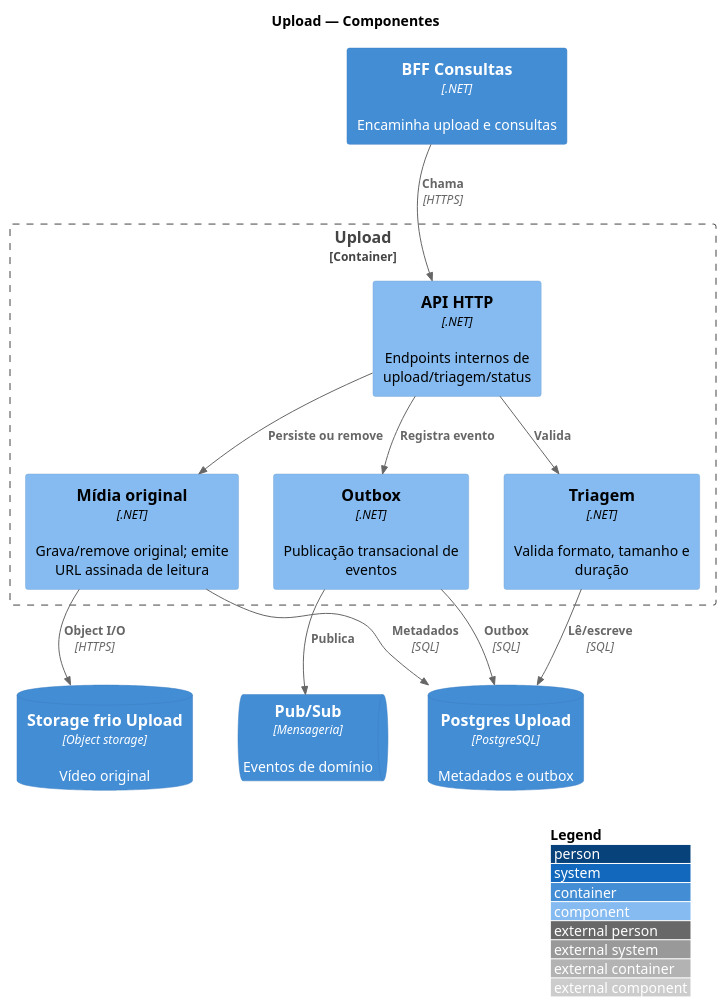
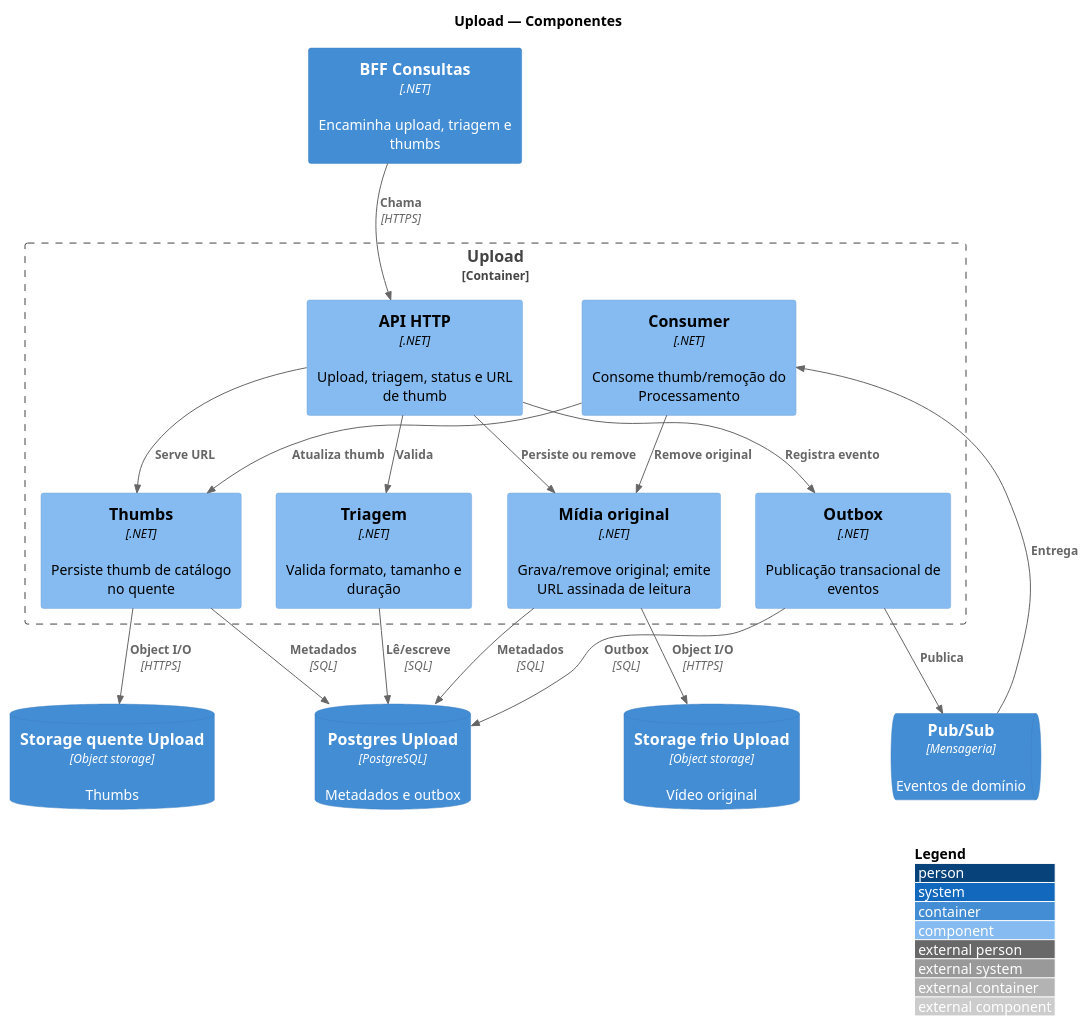
Before and after one commit to fiap-x-vcosta/docs: the diagram in arquitetura/06_componentes-upload.puml, drawn with PlantUML. The commit also changed 13 other files, not shown here.

First line of the commit message:
docs: thumbs no Upload, cancel via Pub/Sub e BFF enxuto

```diff
--- a/arquitetura/06_componentes-upload.puml
+++ b/arquitetura/06_componentes-upload.puml
@@ -1,40 +1,51 @@
 @startuml 06_componentes-upload
 !include https://raw.githubusercontent.com/plantuml-stdlib/C4-PlantUML/master/C4_Component.puml
 
 LAYOUT_WITH_LEGEND()
 LAYOUT_TOP_DOWN()
 
 title Upload — Componentes
 
-Container(bff, "BFF Consultas", ".NET", "Encaminha upload e consultas")
+Container(bff, "BFF Consultas", ".NET", "Encaminha upload, triagem e thumbs")
 ContainerQueue(pubsub, "Pub/Sub", "Mensageria", "Eventos de domínio")
 ContainerDb(pgUpload, "Postgres Upload", "PostgreSQL", "Metadados e outbox")
 ContainerDb(frioUp, "Storage frio Upload", "Object storage", "Vídeo original")
+ContainerDb(quente, "Storage quente Upload", "Object storage", "Thumbs")
 
 Container_Boundary(upload, "Upload") {
-  Component(api, "API HTTP", ".NET", "Endpoints internos de upload/triagem/status")
+  Component(api, "API HTTP", ".NET", "Upload, triagem, status e URL de thumb")
   Component(triagem, "Triagem", ".NET", "Valida formato, tamanho e duração")
   Component(midia, "Mídia original", ".NET", "Grava/remove original; emite URL assinada de leitura")
+  Component(thumbs, "Thumbs", ".NET", "Persiste thumb de catálogo no quente")
   Component(outbox, "Outbox", ".NET", "Publicação transacional de eventos")
+  Component(consumer, "Consumer", ".NET", "Consome thumb/remoção do Processamento")
 }
 
 Rel(bff, api, "Chama", "HTTPS")
 Rel(api, triagem, "Valida")
 Rel(api, midia, "Persiste ou remove")
+Rel(api, thumbs, "Serve URL")
 Rel(api, outbox, "Registra evento")
 Rel(triagem, pgUpload, "Lê/escreve", "SQL")
 Rel(midia, frioUp, "Object I/O", "HTTPS")
 Rel(midia, pgUpload, "Metadados", "SQL")
+Rel(thumbs, quente, "Object I/O", "HTTPS")
+Rel(thumbs, pgUpload, "Metadados", "SQL")
 Rel(outbox, pgUpload, "Outbox", "SQL")
 Rel(outbox, pubsub, "Publica")
+Rel(pubsub, consumer, "Entrega")
+Rel(consumer, thumbs, "Atualiza thumb")
+Rel(consumer, midia, "Remove original")
 
 Lay_D(bff, api)
 Lay_R(triagem, midia)
-Lay_R(midia, outbox)
+Lay_R(midia, thumbs)
+Lay_R(thumbs, outbox)
 Lay_D(api, triagem)
 Lay_D(outbox, pubsub)
 Lay_D(triagem, pgUpload)
 Lay_D(midia, frioUp)
-Lay_R(pubsub, pgUpload)
+Lay_D(thumbs, quente)
+Lay_R(pubsub, consumer)
 
 @enduml
```
